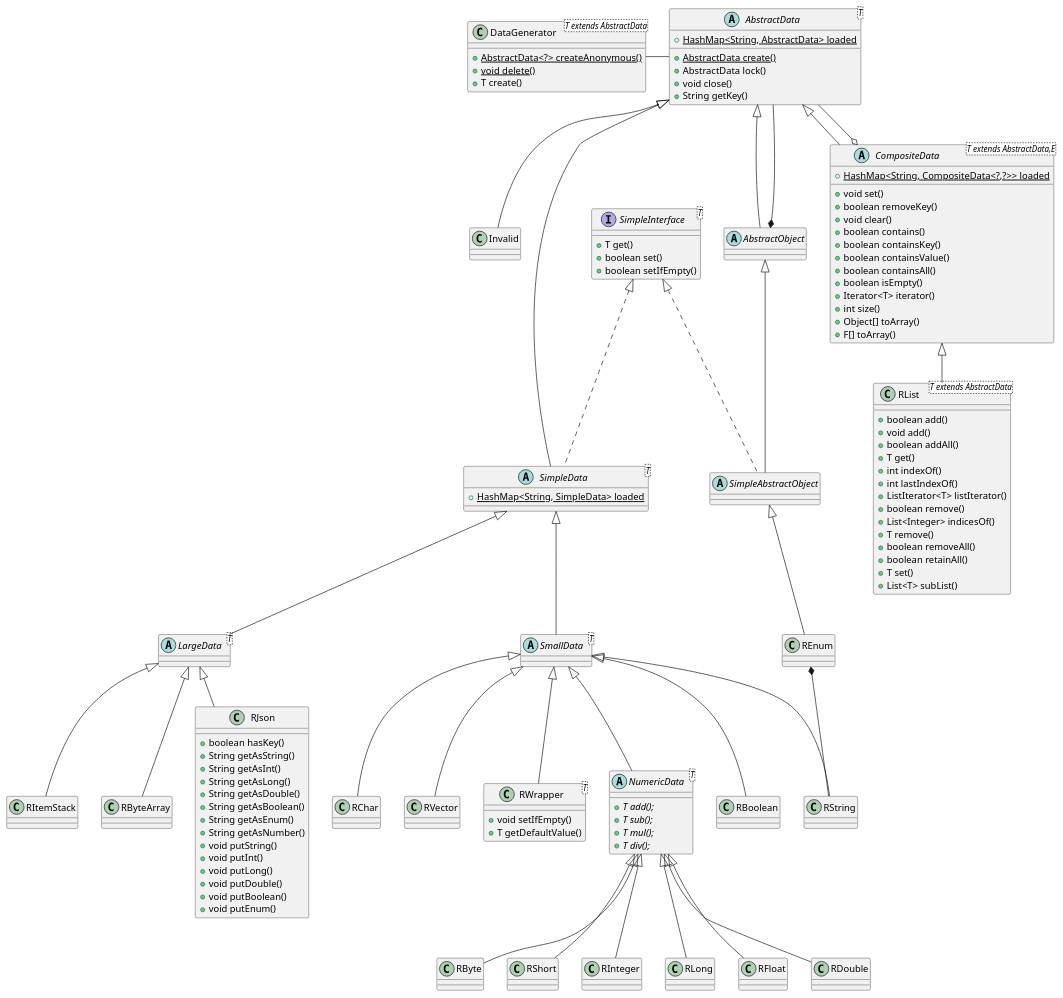
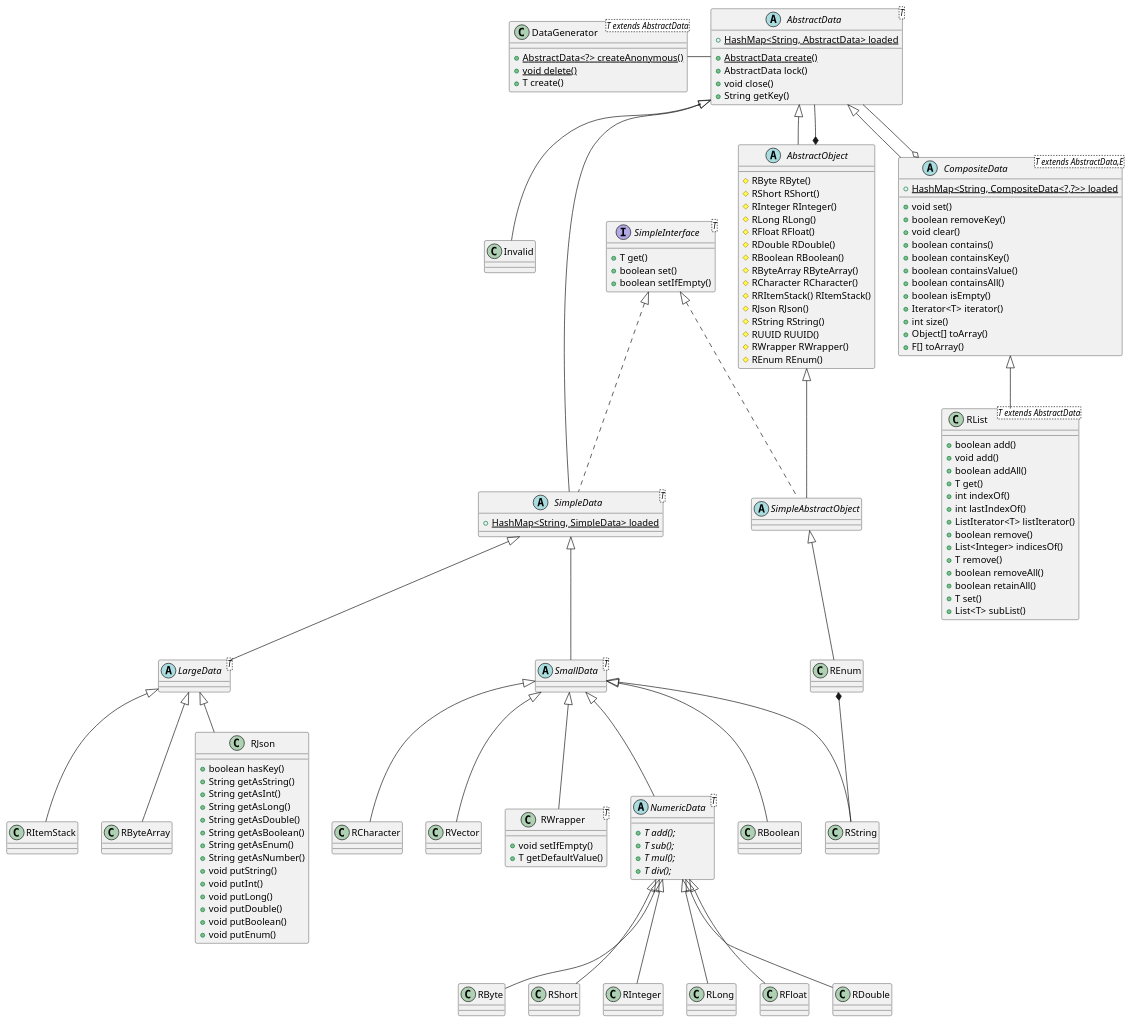
Before and after one commit to chrisb09/firecord: the diagram in DataTypes.puml, drawn with PlantUML. The commit also changed 1 other file, not shown here.

Commit message:
update DataTypes Diagram

```diff
--- a/DataTypes.puml
+++ b/DataTypes.puml
@@ -1,177 +1,191 @@
 @startuml DataType
 
 abstract AbstractData
 
 interface SimpleInterface<T> {
     + T get()
     + boolean set()
     + boolean setIfEmpty()
 }
 
 abstract AbstractData <T> {
     + {static} HashMap<String, AbstractData> loaded
     + {static} AbstractData create()
     + AbstractData lock()
     + void close()
     + String getKey()
 }
 
 abstract SmallData <T> extends SimpleData {
 
 }
 
 abstract LargeData <T> extends SimpleData {
 
 }
 
 abstract SimpleData<T> extends AbstractData implements SimpleInterface {
     + {static} HashMap<String, SimpleData> loaded
 }
 
 class Invalid extends AbstractData {
 
 }
 
 abstract NumericData<T> extends SmallData {
     + {abstract} T add();
     + {abstract} T sub();
     + {abstract} T mul();
     + {abstract} T div();
 }
 
 class RBoolean extends SmallData {
     
 }
 
-class RChar extends SmallData {
+class RCharacter extends SmallData {
     
 }
 
 class RString extends SmallData {
     
 }
 
 class RVector extends SmallData {
     
 }
 
 class RWrapper<T> extends SmallData {
     + void setIfEmpty()
     + T getDefaultValue()
 }
 
 class RByte extends NumericData {
     
 }
 
 class RShort extends NumericData {
     
 }
 
 class RInteger extends NumericData {
 
 }
 
 class RLong extends NumericData {
     
 }
 
 class RFloat extends NumericData {
     
 }
 
 class RDouble extends NumericData {
 
 }
 
 
 class RItemStack extends LargeData {
     
 }
 
 class RByteArray extends LargeData {
     
 }
 
 class RJson extends LargeData {
     + boolean hasKey()
     + String getAsString()
     + String getAsInt()
     + String getAsLong()
     + String getAsDouble()
     + String getAsBoolean()
     + String getAsEnum()
     + String getAsNumber()
     + void putString()
     + void putInt()
     + void putLong()
     + void putDouble()
     + void putBoolean()
     + void putEnum()
 }
 
 
 abstract CompositeData <T extends AbstractData,E> extends AbstractData {
     + {static} HashMap<String, CompositeData<?,?>> loaded
     + void set()
     + boolean removeKey()
     + void clear()
     + boolean contains()
     + boolean containsKey()
     + boolean containsValue()
     + boolean containsAll()
     + boolean isEmpty()
     + Iterator<T> iterator()
     + int size()
     + Object[] toArray()
     + F[] toArray()
 }
 
 class RList <T extends AbstractData> extends CompositeData {
     + boolean add()
     + void add()
     + boolean addAll()
     + T get()
     + int indexOf()
     + int lastIndexOf()
     + ListIterator<T> listIterator()
     + boolean remove()
     + List<Integer> indicesOf()
     + T remove()
     + boolean removeAll()
     + boolean retainAll()
     + T set()
     + List<T> subList()
 
 }
 
 CompositeData o-- AbstractData
 
 abstract AbstractObject extends AbstractData {
-
+    # RByte RByte()
+    # RShort RShort()
+    # RInteger RInteger()
+    # RLong RLong()
+    # RFloat RFloat()
+    # RDouble RDouble()
+    # RBoolean RBoolean()
+    # RByteArray RByteArray()
+    # RCharacter RCharacter()
+    # RRItemStack() RItemStack()
+    # RJson RJson()
+    # RString RString()
+    # RUUID RUUID()
+    # RWrapper RWrapper()
+    # REnum REnum()
 }
 
 AbstractObject *-- AbstractData
 
 abstract SimpleAbstractObject extends AbstractObject implements SimpleInterface {
 
 }
 
 class REnum extends SimpleAbstractObject {
 
 }
 
 REnum *-- RString
 
 
 class DataGenerator<T extends AbstractData> {
     + {static} AbstractData<?> createAnonymous()
     + {static} void delete()
     + T create()
 }
 
 DataGenerator - AbstractData
 
 
 
 @enduml
```
